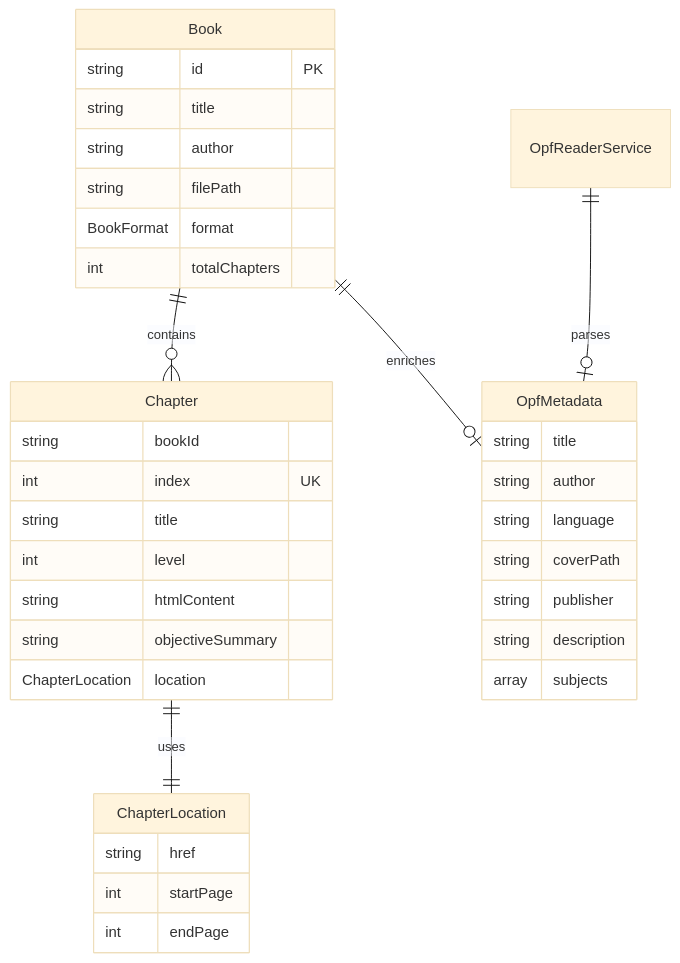
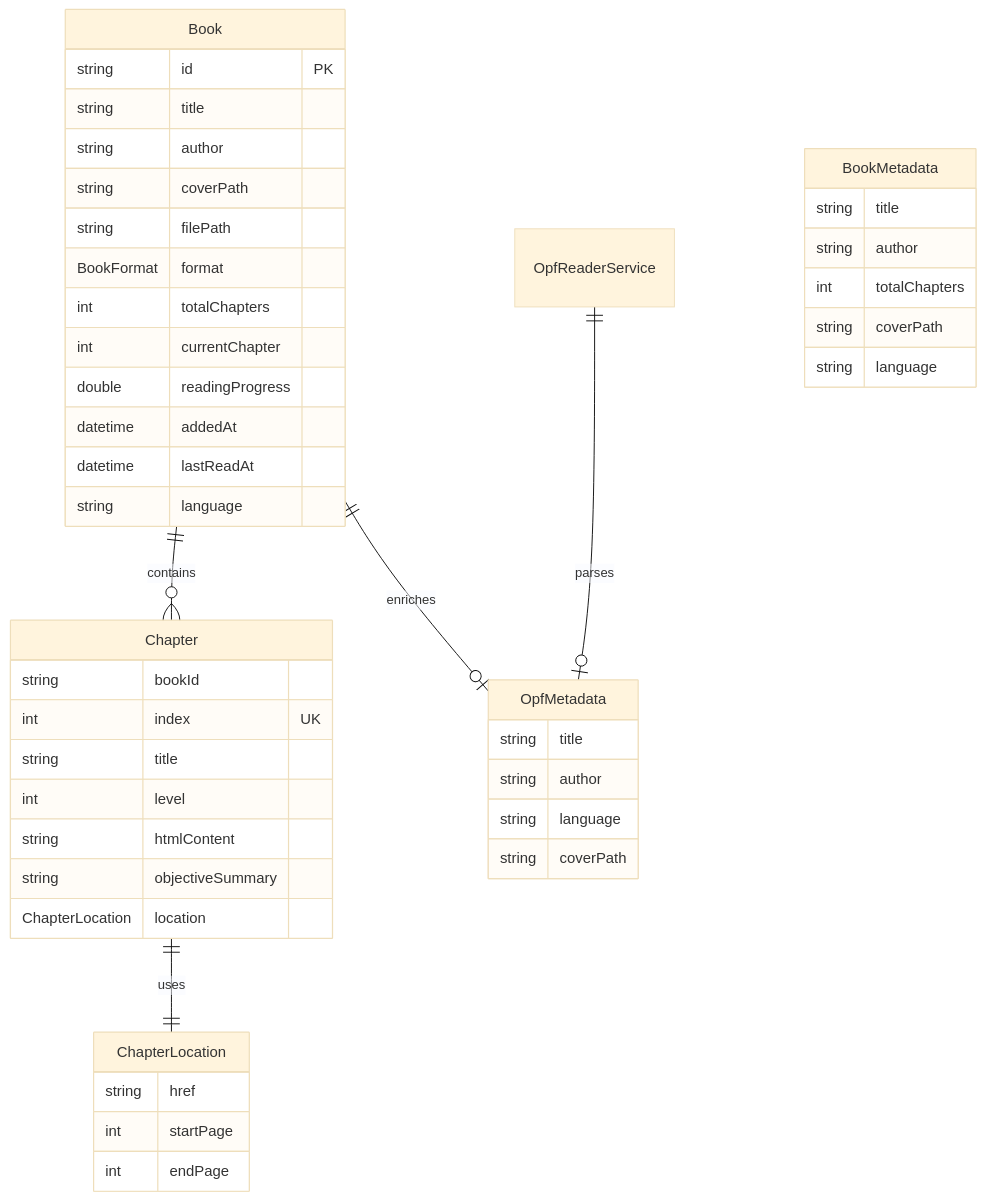
Diagram 11 of 11 in docs/function_call_relationships_visual.md (jjzhang2000/zhidu), drawn with Mermaid (base theme) before and after one commit. The commit also changed other lines of this file and 43 other files, not shown here.

````diff
--- a/docs/function_call_relationships_visual.md
+++ b/docs/function_call_relationships_visual.md
@@ -523,42 +500,53 @@
 ```mermaid
 erDiagram
     Book ||--o{ Chapter : contains
     Book ||--o| OpfMetadata : enriches
     Chapter ||--|| ChapterLocation : uses
     OpfReaderService ||--o| OpfMetadata : parses
 
     Book {
         string id PK
         string title
         string author
+        string coverPath
         string filePath
         BookFormat format
         int totalChapters
+        int currentChapter
+        double readingProgress
+        datetime addedAt
+        datetime lastReadAt
+        string language
     }
 
     Chapter {
         string bookId
         int index UK
         string title
         int level
         string htmlContent
         string objectiveSummary
         ChapterLocation location
     }
 
     ChapterLocation {
         string href
         int startPage
         int endPage
     }
 
     OpfMetadata {
         string title
         string author
         string language
         string coverPath
-        string publisher
-        string description
-        array subjects
+    }
+
+    BookMetadata {
+        string title
+        string author
+        int totalChapters
+        string coverPath
+        string language
     }
 ```
````
